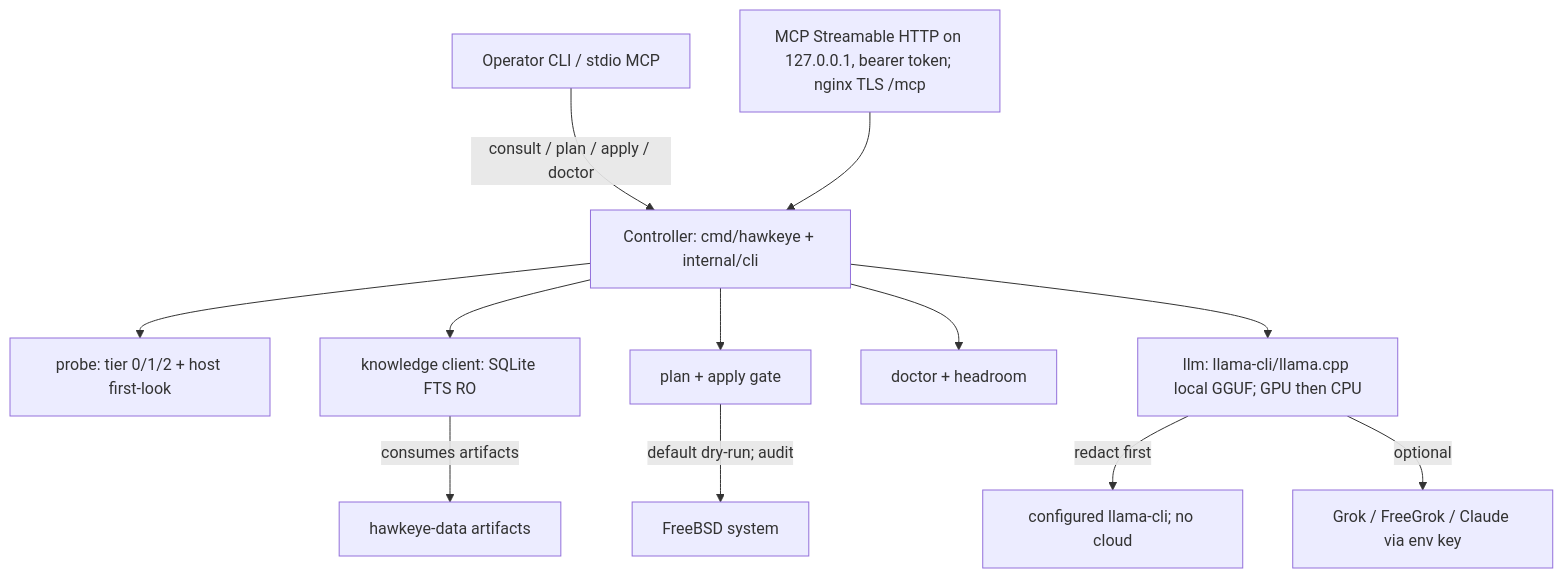
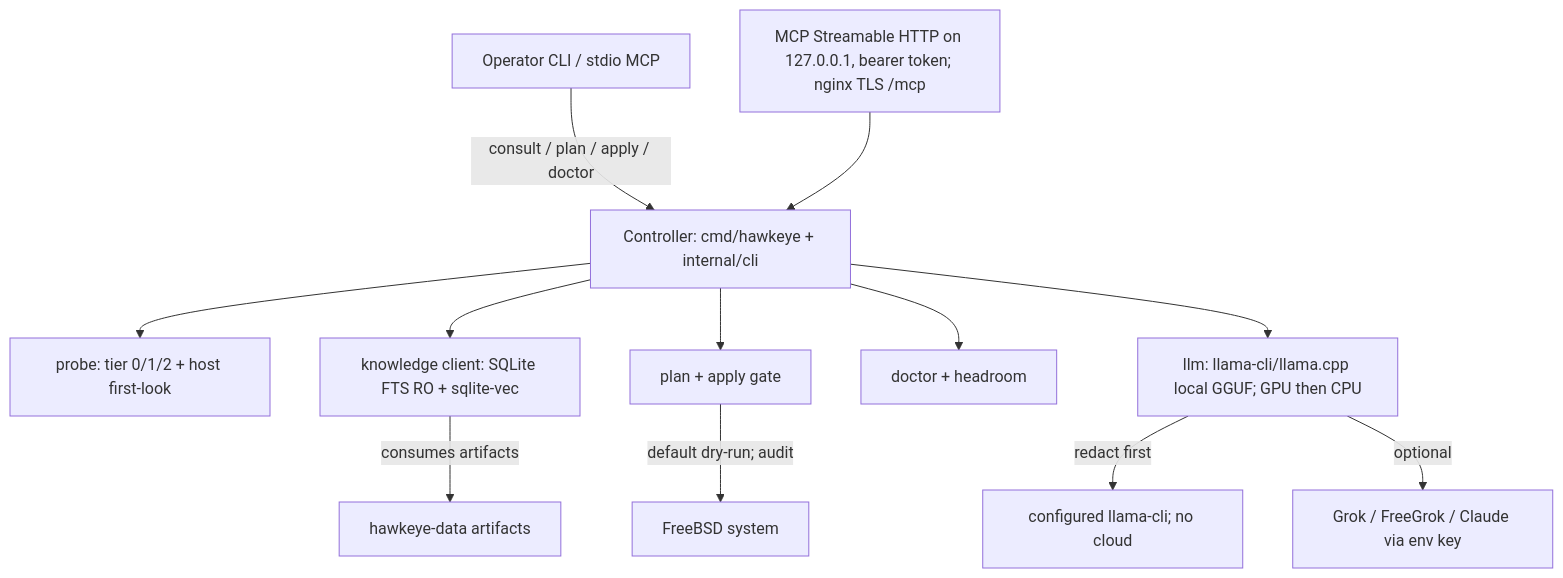
One commit to revytechinc/hawkeye changed the first of 5 diagrams in docs/ARCHITECTURE.md. Above: the diagram before and after it, drawn with Mermaid. The commit also changed other lines of this file and 21 other files, not shown here.

First line of the commit message:
Add sqlite-vec ranking when embeddings exist and RAM allows. (#22)

````diff
--- a/docs/ARCHITECTURE.md
+++ b/docs/ARCHITECTURE.md
@@ -14,14 +14,14 @@
 ```mermaid
 flowchart TD
     Operator["Operator CLI / stdio MCP"] -->|"consult / plan / apply / doctor"| CLI["Controller: cmd/hawkeye + internal/cli"]
     MCPHTTP["MCP Streamable HTTP on 127.0.0.1, bearer token; nginx TLS /mcp"] --> CLI
     CLI --> Probe["probe: tier 0/1/2 + host first-look"]
-    CLI --> Knowledge["knowledge client: SQLite FTS RO"]
+    CLI --> Knowledge["knowledge client: SQLite FTS RO + sqlite-vec"]
     CLI --> PlanApply["plan + apply gate"]
     CLI --> Doctor["doctor + headroom"]
     CLI --> LLM["llm: llama-cli/llama.cpp local GGUF; GPU then CPU"]
     Knowledge -->|"consumes artifacts"| DataRepo["hawkeye-data artifacts"]
     PlanApply -->|"default dry-run; audit"| System["FreeBSD system"]
     LLM -->|"redact first"| LocalBin["configured llama-cli; no cloud"]
     LLM -->|"optional"| Remote["Grok / FreeGrok / Claude via env key"]
 ```
````
